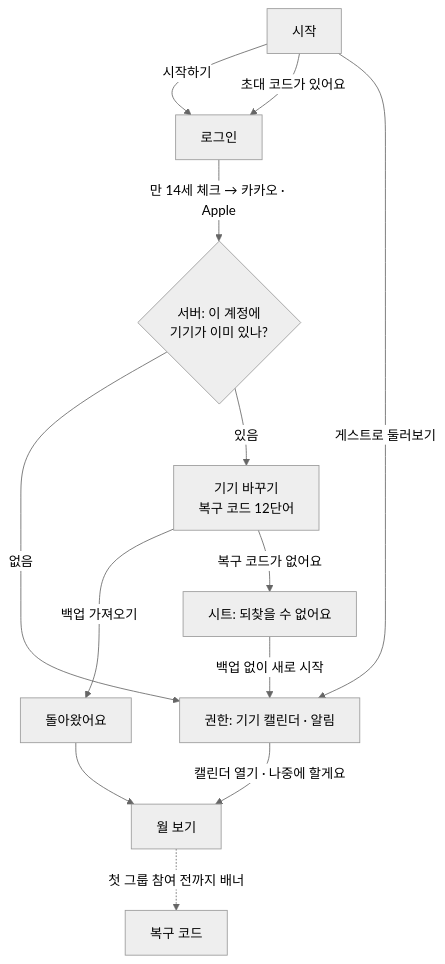
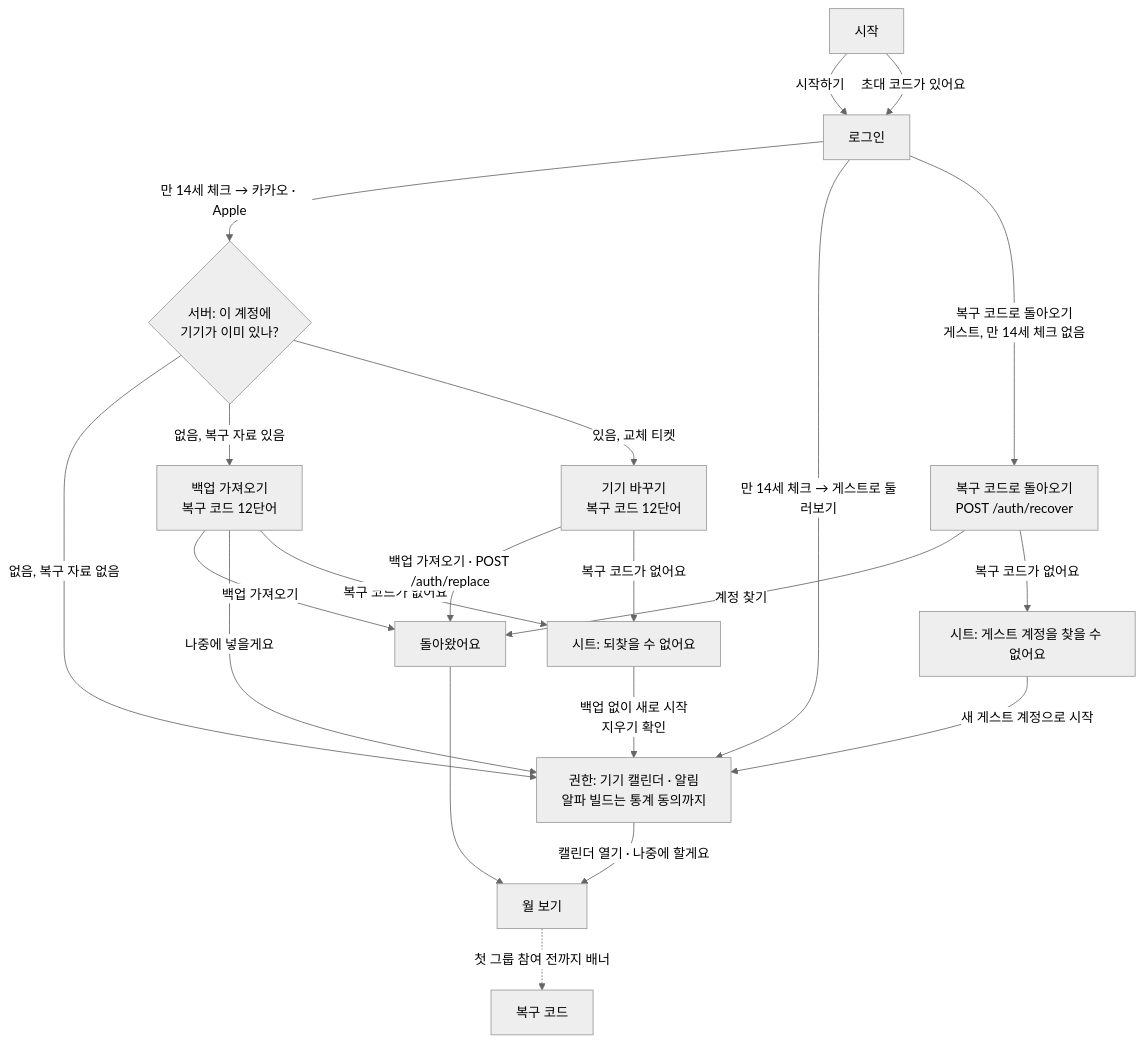
One commit to LeeDongHyun00/geunal-eottae changed the first of 5 diagrams in docs/design/m1.md. Above: the diagram before and after it, drawn with Mermaid (neutral theme). The commit also changed other lines of this file and 42 other files, not shown here.

````diff
--- a/docs/design/m1.md
+++ b/docs/design/m1.md
@@ -40,13 +42,20 @@
 ```mermaid
 flowchart TD
     A[시작] -->|시작하기| B[로그인]
     A -->|초대 코드가 있어요| B
-    A -->|게스트로 둘러보기| C
     B -->|만 14세 체크 → 카카오 · Apple| S{서버: 이 계정에<br>기기가 이미 있나?}
-    S -->|없음| C[권한: 기기 캘린더 · 알림]
-    S -->|있음| R[기기 바꾸기<br>복구 코드 12단어]
-    R -->|백업 가져오기| R2[돌아왔어요] --> M
-    R -->|복구 코드가 없어요| R3[시트: 되찾을 수 없어요] -->|백업 없이 새로 시작| C
+    B -->|만 14세 체크 → 게스트로 둘러보기| C
+    S -->|없음, 복구 자료 없음| C[권한: 기기 캘린더 · 알림<br>알파 빌드는 통계 동의까지]
+    S -->|없음, 복구 자료 있음| O[백업 가져오기<br>복구 코드 12단어]
+    O -->|백업 가져오기| R2
+    O -->|나중에 넣을게요| C
+    O -->|복구 코드가 없어요| R3
+    S -->|있음, 교체 티켓| R[기기 바꾸기<br>복구 코드 12단어]
+    B -->|복구 코드로 돌아오기<br>게스트, 만 14세 체크 없음| G[복구 코드로 돌아오기<br>POST /auth/recover]
+    G -->|계정 찾기| R2
+    G -->|복구 코드가 없어요| G3[시트: 게스트 계정을 찾을 수 없어요] -->|새 게스트 계정으로 시작| C
+    R -->|백업 가져오기 · POST /auth/replace| R2[돌아왔어요] --> M
+    R -->|복구 코드가 없어요| R3[시트: 되찾을 수 없어요] -->|백업 없이 새로 시작<br>지우기 확인| C
     C -->|캘린더 열기 · 나중에 할게요| M[월 보기]
     M -.->|첫 그룹 참여 전까지 배너| K[복구 코드]
 ```
````
